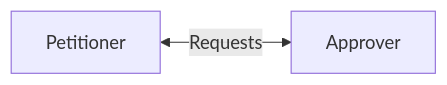
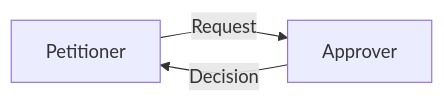
One commit to benwheeler/org-patterns changed the diagram in accountability/approver/README.md. Above: the diagram before and after it, drawn with Mermaid.

Commit message:
Updated Approver diagram to be more specific

````diff
--- a/accountability/approver/README.md
+++ b/accountability/approver/README.md
@@ -7,4 +7,5 @@
 ```mermaid
 flowchart LR
-    Petitioner <-->|Requests| Approver
+    Petitioner -->|Request| Approver
+    Approver -->|Decision| Petitioner
 ```
````
